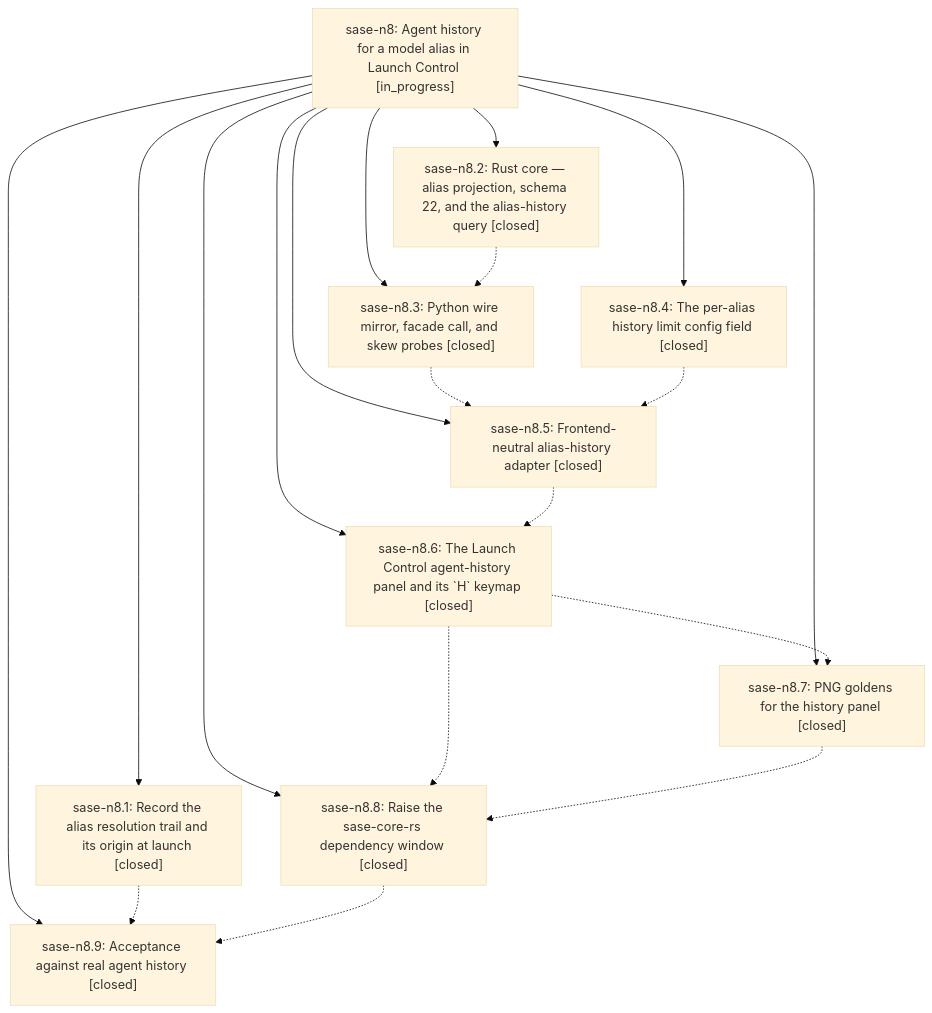
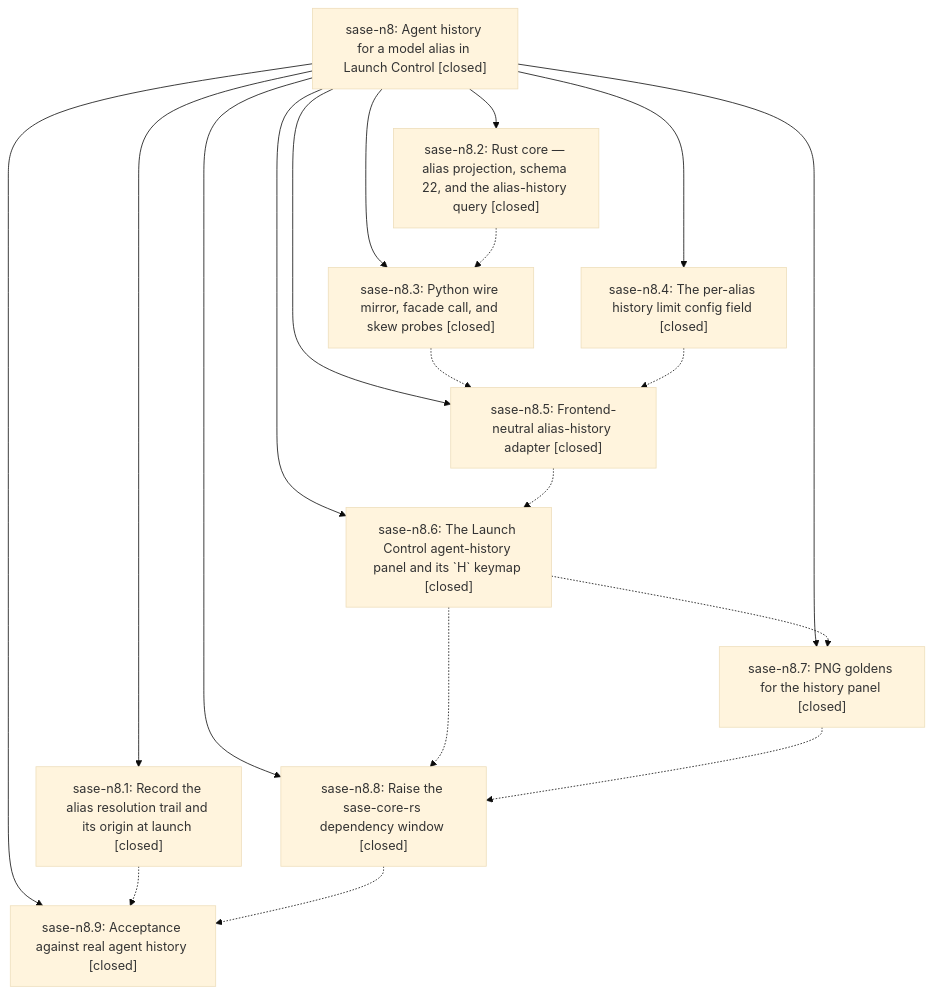
Before and after one commit to sase-org/sase--beads: the diagram in pages/sase-n8/README.md, drawn with Mermaid (base theme). The commit also changed other lines of this file, not shown here.

First line of the commit message:
chore(beads): sync bead state and pages for sase-n8

````diff
--- a/pages/sase-n8/README.md
+++ b/pages/sase-n8/README.md
@@ -59,31 +59,31 @@
 ```mermaid
 flowchart TD
-    n0["sase-n8: Agent history for a model alias in Launch Control [in_progress]"]
+    n0["sase-n8: Agent history for a model alias in Launch Control [closed]"]
     n1["sase-n8.1: Record the alias resolution trail and its origin at launch [closed]"]
     n2["sase-n8.2: Rust core — alias projection, schema 22, and the alias-history query [closed]"]
     n3["sase-n8.3: Python wire mirror, facade call, and skew probes [closed]"]
     n4["sase-n8.4: The per-alias history limit config field [closed]"]
     n5["sase-n8.5: Frontend-neutral alias-history adapter [closed]"]
     n6["sase-n8.6: The Launch Control agent-history panel and its `H` keymap [closed]"]
     n7["sase-n8.7: PNG goldens for the history panel [closed]"]
     n8["sase-n8.8: Raise the sase-core-rs dependency window [closed]"]
     n9["sase-n8.9: Acceptance against real agent history [closed]"]
     n0 --> n1
     n0 --> n2
     n0 --> n3
     n0 --> n4
     n0 --> n5
     n0 --> n6
     n0 --> n7
     n0 --> n8
     n0 --> n9
     n1 -.-> n9
     n2 -.-> n3
     n3 -.-> n5
     n4 -.-> n5
     n5 -.-> n6
     n6 -.-> n7
     n6 -.-> n8
     n7 -.-> n8
     n8 -.-> n9
 ```
````
